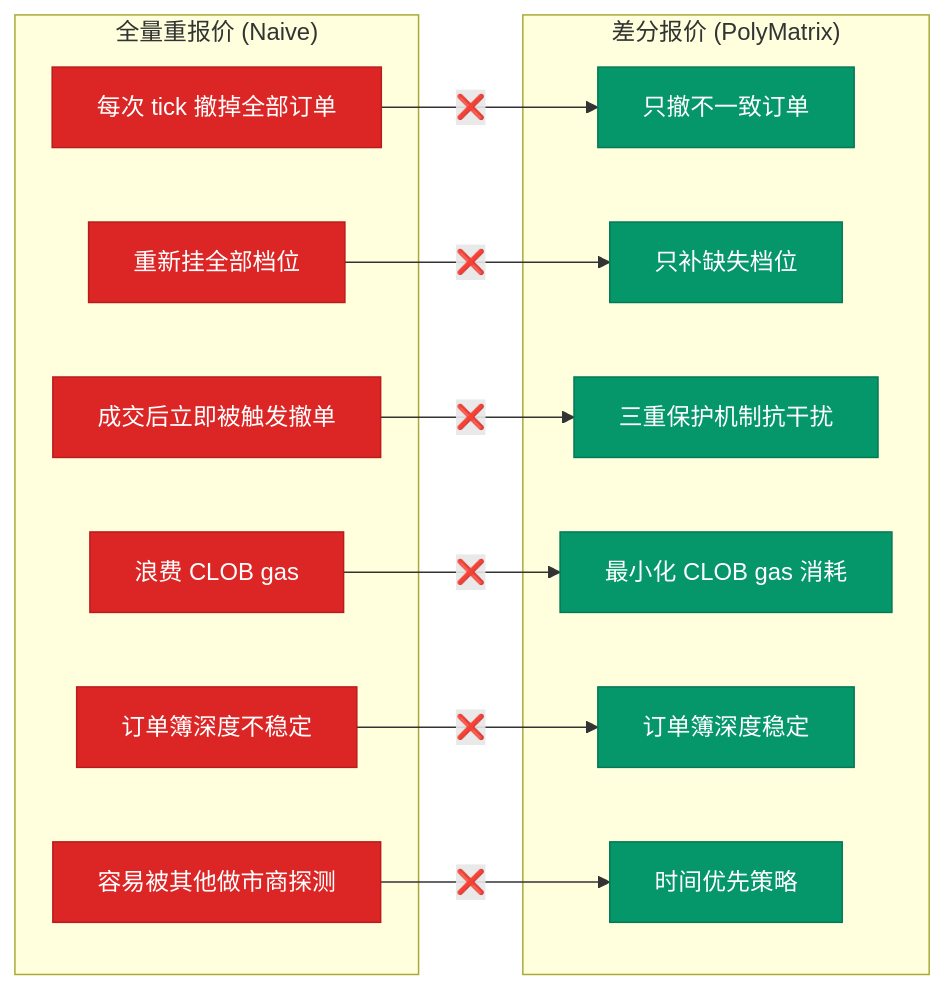
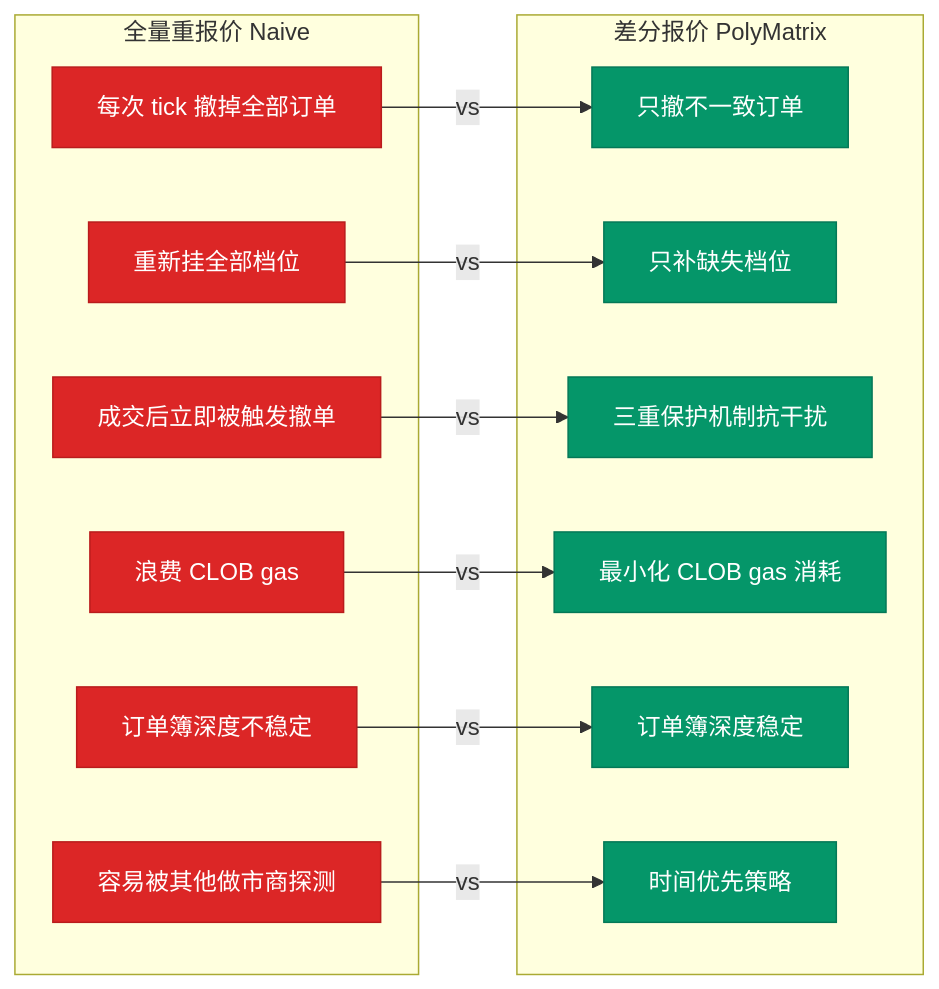
One commit to liu-kaining/PolyMatrixEngine changed the second of 3 diagrams in spec/architecture_diagrams/05_differential_quoting.md. Above: the diagram before and after it, drawn with Mermaid. The commit also changed other lines of this file, not shown here.

Commit message:
bug fgix

````diff
--- a/spec/architecture_diagrams/05_differential_quoting.md
+++ b/spec/architecture_diagrams/05_differential_quoting.md
@@ -67,39 +67,39 @@
 ```mermaid
 %%{init: {'theme': 'base', 'themeVariables': {
   'primaryColor': '#1e3a5f',
   'primaryTextColor': '#ffffff',
   'primaryBorderColor': '#334155',
   'lineColor': '#64748b'
 }}%%
 flowchart LR
-    subgraph Naive["全量重报价 (Naive)"]
+    subgraph Naive["全量重报价 Naive"]
         A1["每次 tick 撤掉全部订单"]
         A2["重新挂全部档位"]
         A3["成交后立即被触发撤单"]
         A4["浪费 CLOB gas"]
         A5["订单簿深度不稳定"]
         A6["容易被其他做市商探测"]
     end
 
-    subgraph Differential["差分报价 (PolyMatrix)"]
+    subgraph Differential["差分报价 PolyMatrix"]
         B1["只撤不一致订单"]
         B2["只补缺失档位"]
         B3["三重保护机制抗干扰"]
         B4["最小化 CLOB gas 消耗"]
         B5["订单簿深度稳定"]
         B6["时间优先策略"]
     end
 
-    A1 -->|❌| B1
-    A2 -->|❌| B2
-    A3 -->|❌| B3
-    A4 -->|❌| B4
-    A5 -->|❌| B5
-    A6 -->|❌| B6
+    A1 -->|vs| B1
+    A2 -->|vs| B2
+    A3 -->|vs| B3
+    A4 -->|vs| B4
+    A5 -->|vs| B5
+    A6 -->|vs| B6
 
     classDef naive fill:#dc2626,stroke:#b91c1c,color:#fff
     classDef good fill:#059669,stroke:#047857,color:#fff
 
     class A1,A2,A3,A4,A5,A6 naive
     class B1,B2,B3,B4,B5,B6 good
 ```
````
